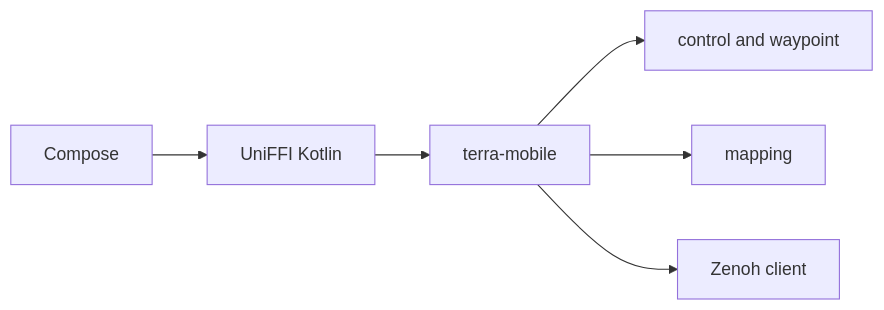
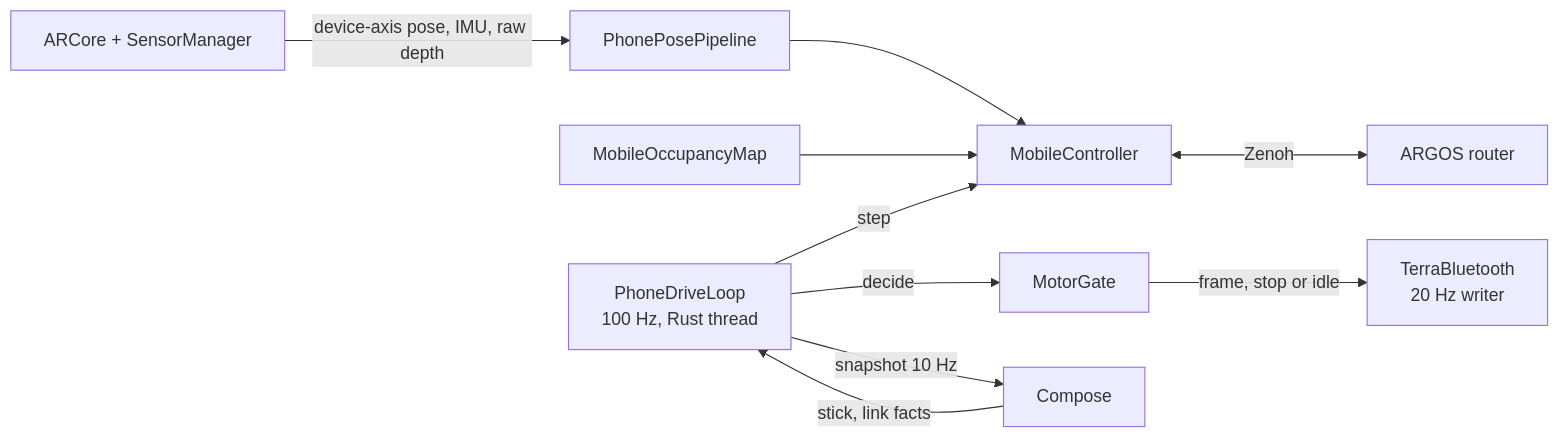
One commit to Super-Yojan/Terra changed the diagram in docs/MOBILE_ANDROID.md. Above: the diagram before and after it, drawn with Mermaid. The commit also changed other lines of this file and 15 other files, not shown here.

First line of the commit message:
Android: drive Terra through the Rust loop and connect ARGOS (P1)

````diff
--- a/docs/MOBILE_ANDROID.md
+++ b/docs/MOBILE_ANDROID.md
@@ -9,8 +8,12 @@
 ```mermaid
 flowchart LR
-  UI[Compose] --> FFI[UniFFI Kotlin]
-  FFI --> Core[terra-mobile]
-  Core --> Ctrl[control and waypoint]
-  Core --> Map[mapping]
-  Core --> Zen[Zenoh client]
+  AR[ARCore + SensorManager] -->|device-axis pose, IMU, raw depth| Pipe[PhonePosePipeline]
+  Pipe --> Ctrl[MobileController]
+  Map[MobileOccupancyMap] --> Ctrl
+  Loop[PhoneDriveLoop<br/>100 Hz, Rust thread] -->|step| Ctrl
+  Loop -->|decide| Gate[MotorGate]
+  Gate -->|frame, stop or idle| BLE[TerraBluetooth<br/>20 Hz writer]
+  Ctrl <-->|Zenoh| ARGOS[ARGOS router]
+  UI[Compose] -->|stick, link facts| Loop
+  Loop -->|snapshot 10 Hz| UI
 ```
````
